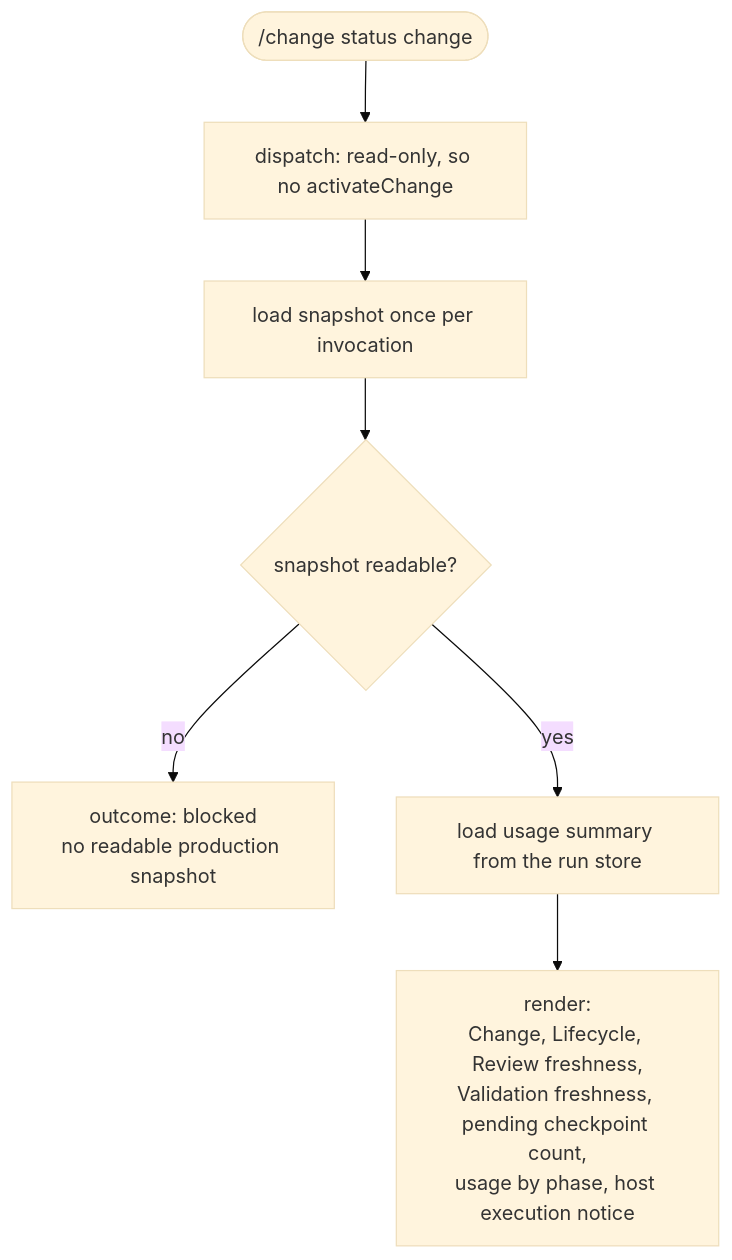
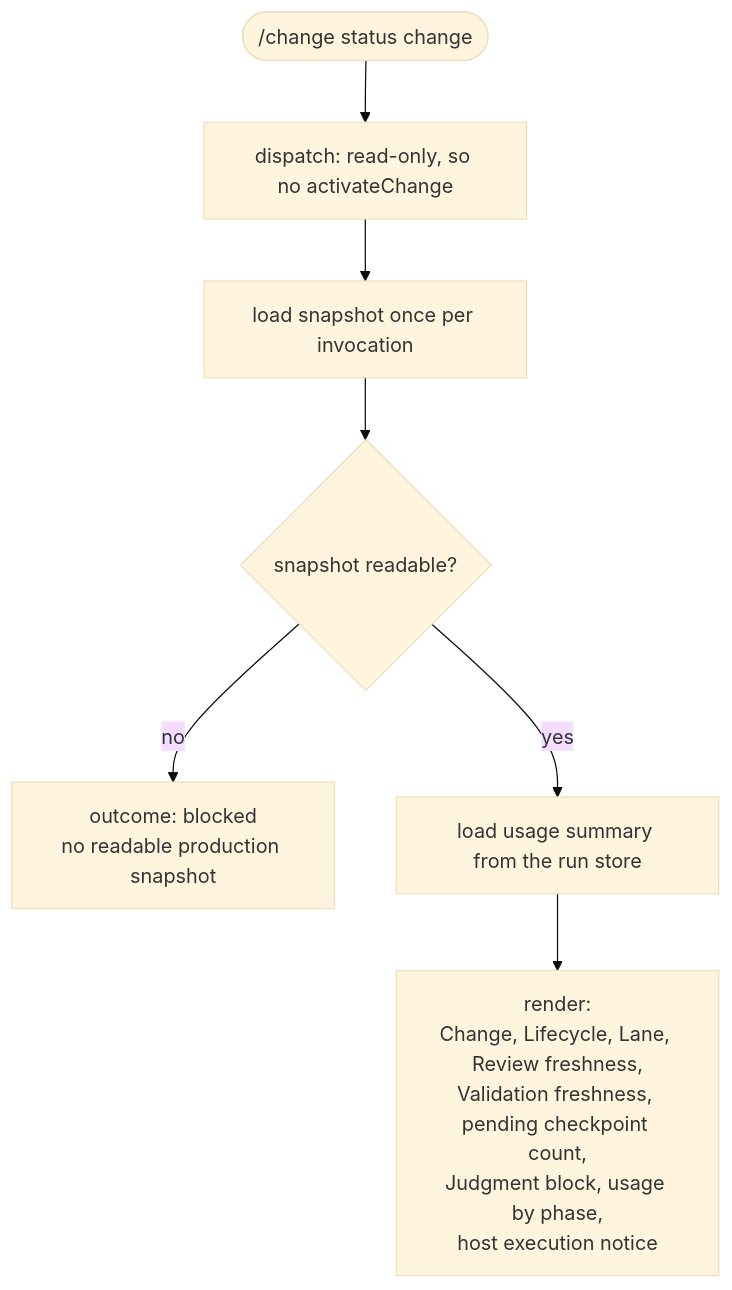
Before and after one commit to john-wennstrom/muster: diagram 13 of 14 in docs/command-flow.md, drawn with Mermaid (base theme). The commit also changed other lines of this file and 381 other files, not shown here.

````diff
--- a/docs/command-flow.md
+++ b/docs/command-flow.md
@@ -575,9 +542,9 @@
 ```mermaid
 flowchart TD
   a(["/change status change"]) --> d["dispatch: read-only, so no activateChange"]
   d --> snap["load snapshot once per invocation"]
   snap --> ok{"snapshot readable?"}
   ok -- no --> b["outcome: blocked<br/>no readable production snapshot"]
   ok -- yes --> u["load usage summary from the run store"]
-  u --> r["render:<br/>Change, Lifecycle, Review freshness,<br/>Validation freshness, pending checkpoint count,<br/>usage by phase, host execution notice"]
+  u --> r["render:<br/>Change, Lifecycle, Lane, Review freshness,<br/>Validation freshness, pending checkpoint count,<br/>Judgment block, usage by phase,<br/>host execution notice"]
 ```
````
